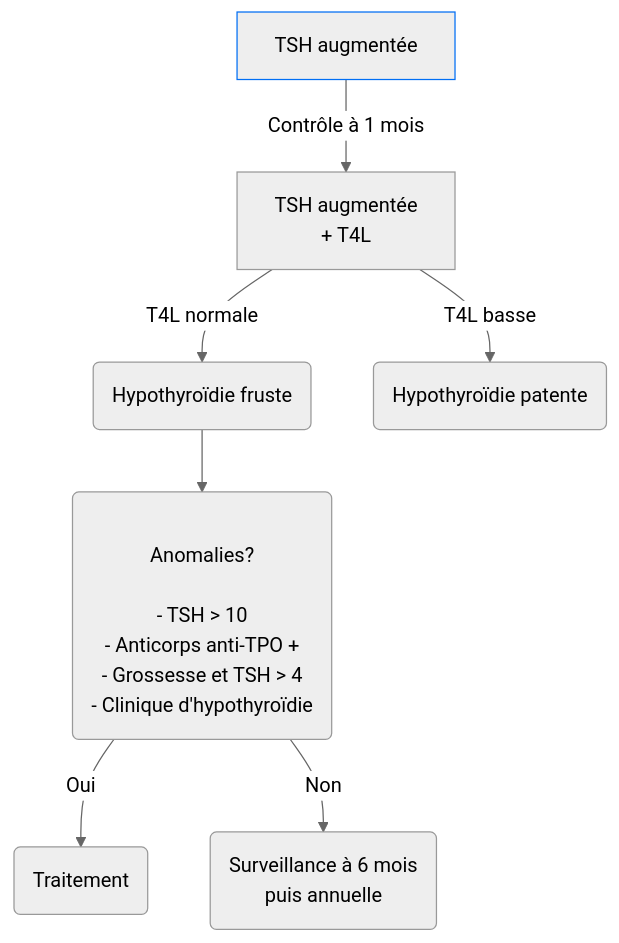
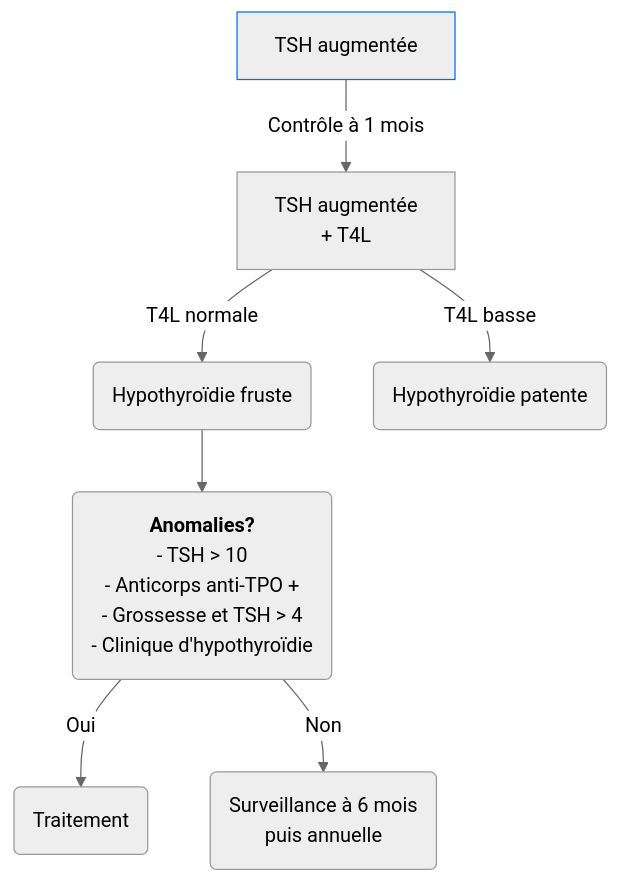
Before and after one commit to djibe/recommandations-medicales: the diagram in content/recommandations/hypothyroidie-fruste.md, drawn with Mermaid (neutral theme). The commit also changed 4 other files, not shown here.

```diff
--- a/content/recommandations/hypothyroidie-fruste.md
+++ b/content/recommandations/hypothyroidie-fruste.md
@@ -111,7 +111,7 @@
 {{< mermaid title="Conduite à tenir devant une hypothyroïdie fruste. Dr JB FRON d'après *HAS 2019*" >}}
 graph TB
-  decouverte["TSH augmentée"] --"Contrôle à 1 mois"--> TSH["TSH augmentée <br>+ T4L"] -- "T4L normale" --> hTFruste("Hypothyroïdie fruste") --> anomalies("<br>Anomalies?</br><br>- TSH > 10<br>- Anticorps anti-TPO +<br>- Grossesse et TSH > 4<br>- Clinique d'hypothyroïdie") --"Oui"--> traitement("Traitement")
+  decouverte[TSH augmentée] --"Contrôle à 1 mois"--> TSH["TSH augmentée<br>+ T4L"] -- T4L normale --> hTFruste(Hypothyroïdie fruste) --> anomalies("<b>Anomalies?</b><br>- TSH > 10<br>- Anticorps anti-TPO +<br>- Grossesse et TSH > 4<br>- Clinique d'hypothyroïdie") --"Oui"--> traitement("Traitement")
   style decouverte stroke:#006ef4, stroke-width:1px
   TSH -- "T4L basse" --> hT("Hypothyroïdie patente")
     anomalies --"Non"--> surveillance("Surveillance à 6 mois<br>puis annuelle")
 {{< /mermaid >}}
```
